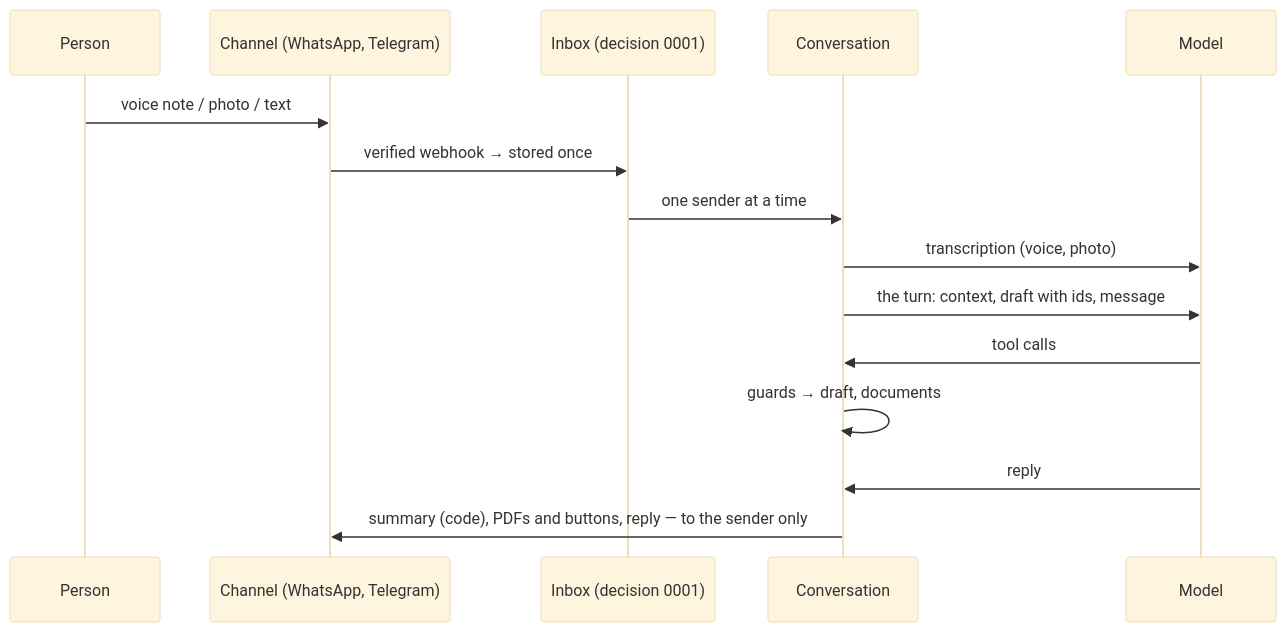
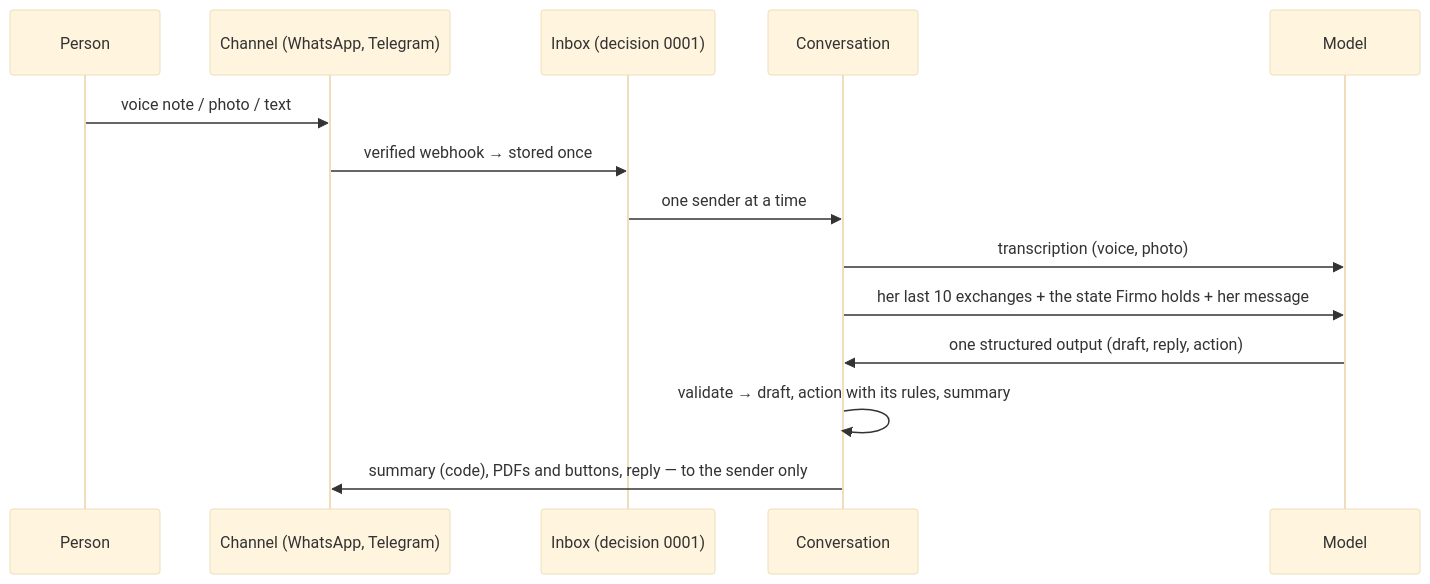
Before and after one commit to kete-africa/firmo: the diagram in src/features/conversation/README.md, drawn with Mermaid (base theme). The commit also changed other lines of this file and 21 other files, not shown here.

First line of the commit message:
feat(conversation): one structured turn per message; the code keeps the state

````diff
--- a/src/features/conversation/README.md
+++ b/src/features/conversation/README.md
@@ -24,17 +23,16 @@
 ```mermaid
 sequenceDiagram
   participant P as Person
   participant C as Channel (WhatsApp, Telegram)
   participant I as Inbox (decision 0001)
   participant F as Conversation
   participant M as Model
   P->>C: voice note / photo / text
   C->>I: verified webhook → stored once
   I->>F: one sender at a time
   F->>M: transcription (voice, photo)
-  F->>M: the turn: context, draft with ids, message
-  M->>F: tool calls
-  F->>F: guards → draft, documents
-  M->>F: reply
+  F->>M: her last 10 exchanges + the state Firmo holds + her message
+  M->>F: one structured output (draft, reply, action)
+  F->>F: validate → draft, action with its rules, summary
   F->>C: summary (code), PDFs and buttons, reply — to the sender only
 ```
````
